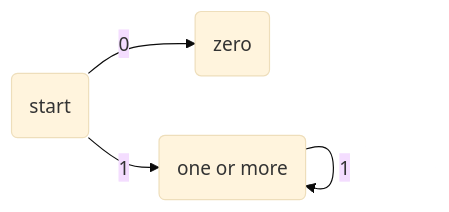
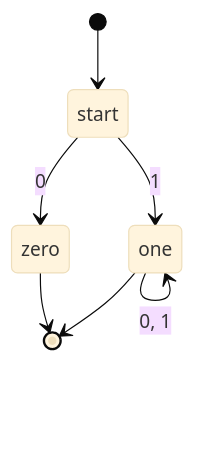
One commit to raganwald/raganwald.github.com changed the first of 25 diagrams in _posts/2019-09-21-recognizing-myself.md. Above: the diagram before and after it, drawn with Mermaid (base theme). The commit also changed other lines of this file, not shown here.

Commit message:
try stateDiagrams

```diff
--- a/_posts/2019-09-21-recognizing-myself.md
+++ b/_posts/2019-09-21-recognizing-myself.md
@@ -157,7 +157,9 @@
 <div class="mermaid">
-  graph LR
-    start(start)-->|0|zero(zero)
-    start-->|1|one(one or more)
-    one-->|0|one
-    one-->|1|one;
+  stateDiagram
+    [*] --> start
+    start --> zero : 0
+    start --> one : 1
+    one --> one : 0, 1
+    zero --> [*]
+    one --> [*]
 </div>
```
